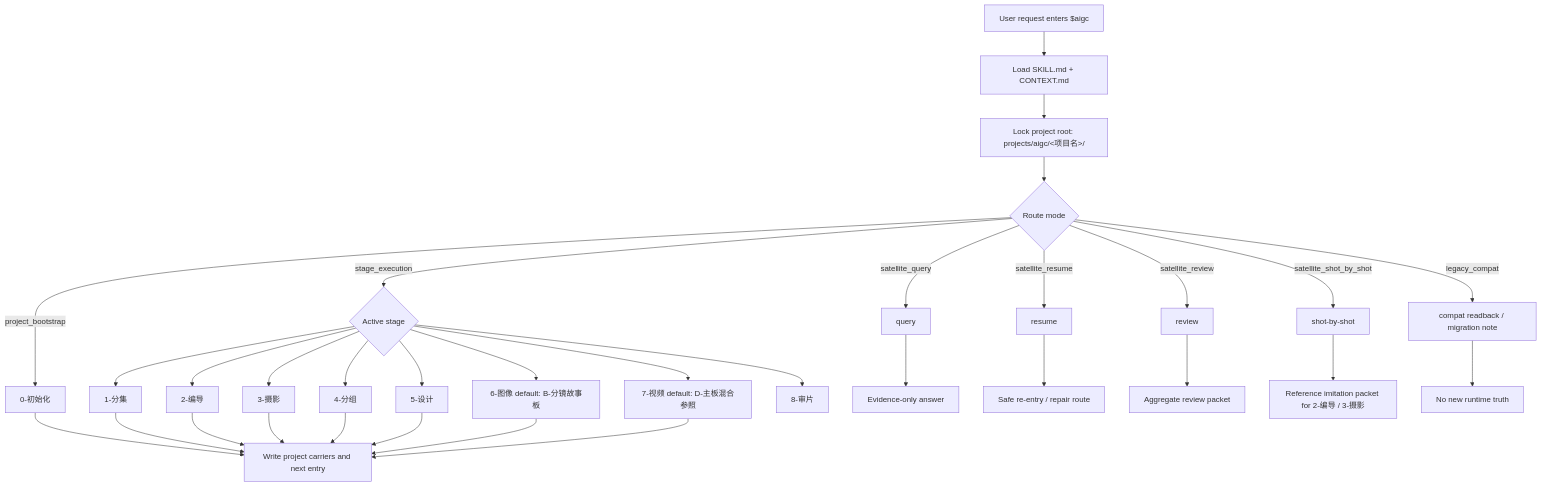
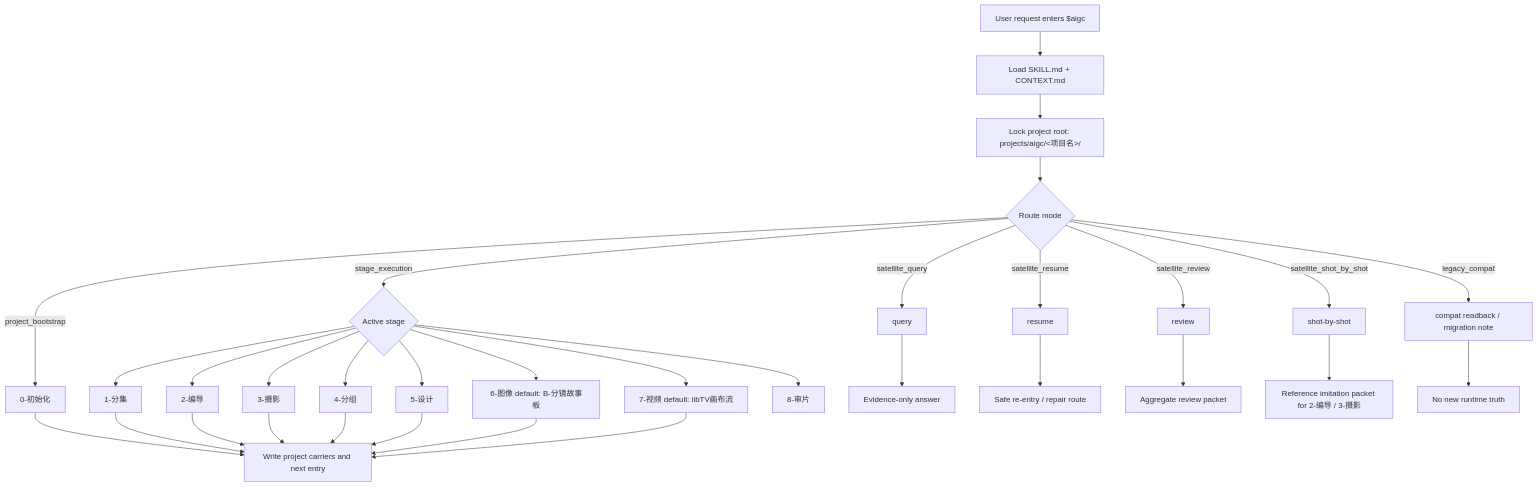
The diagram in .agents/skills/aigc/SKILL.md (ZEN-VOID/AI-CUT), drawn with Mermaid before and after one commit. The commit also changed other lines of this file and 116 other files, not shown here.

````diff
--- a/.agents/skills/aigc/SKILL.md
+++ b/.agents/skills/aigc/SKILL.md
@@ -78,34 +78,34 @@
 ```mermaid
 flowchart TD
     A["User request enters $aigc"] --> B["Load SKILL.md + CONTEXT.md"]
     B --> C["Lock project root: projects/aigc/<项目名>/"]
     C --> D{"Route mode"}
     D -->|"project_bootstrap"| E["0-初始化"]
     D -->|"stage_execution"| F{"Active stage"}
     D -->|"satellite_query"| G["query"]
     D -->|"satellite_resume"| H["resume"]
     D -->|"satellite_review"| I["review"]
     D -->|"satellite_shot_by_shot"| S["shot-by-shot"]
     D -->|"legacy_compat"| J["compat readback / migration note"]
     F --> F1["1-分集"]
     F --> F2["2-编导"]
     F --> F3["3-摄影"]
     F --> F4["4-分组"]
     F --> F5["5-设计"]
     F --> F6["6-图像 default: B-分镜故事板"]
-    F --> F7["7-视频 default: D-主板混合参照"]
+    F --> F7["7-视频 default: libTV画布流"]
     F --> F8["8-审片"]
     E --> K["Write project carriers and next entry"]
     F1 --> K
     F2 --> K
     F3 --> K
     F4 --> K
     F5 --> K
     F6 --> K
     F7 --> K
     G --> L["Evidence-only answer"]
     H --> M["Safe re-entry / repair route"]
     I --> N["Aggregate review packet"]
     S --> P["Reference imitation packet for 2-编导 / 3-摄影"]
     J --> O["No new runtime truth"]
 ```
````
